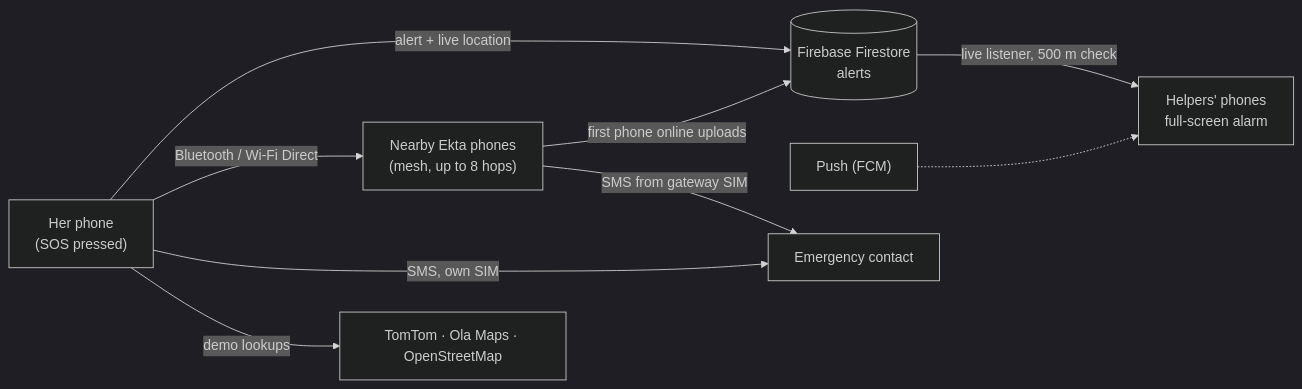
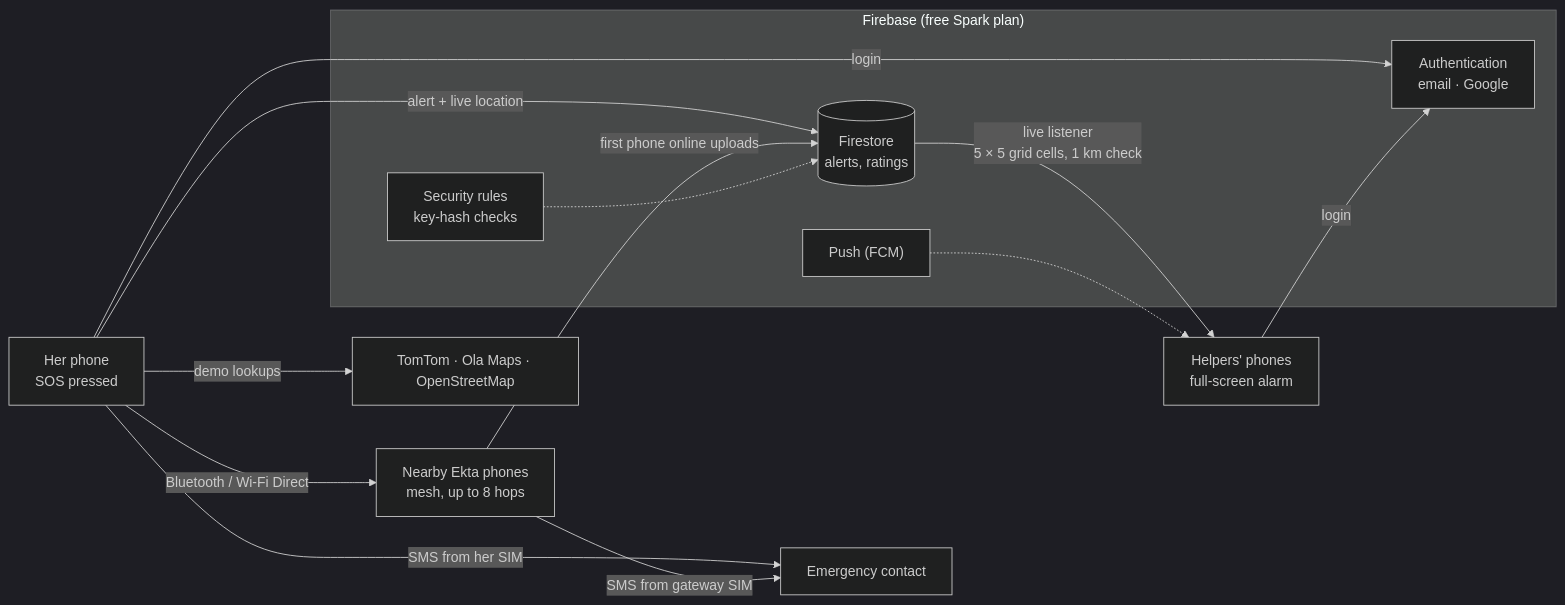
The diagram in README.md (Roky777/ekta), drawn with Mermaid (dark theme) before and after one commit. The commit also changed other lines of this file and 13 other files, not shown here.

First line of the commit message:
README: new layout with architecture, fresh screenshots of the current UI

````diff
--- a/README.md
+++ b/README.md
@@ -110,11 +126,20 @@
 ```mermaid
 flowchart LR
-    Her["Her phone<br/>(SOS pressed)"] -->|alert + live location| FS[("Firebase Firestore<br/>alerts")]
-    Her -->|Bluetooth / Wi-Fi Direct| Mesh["Nearby Ekta phones<br/>(mesh, up to 8 hops)"]
+    Her["Her phone<br/>SOS pressed"] -->|alert + live location| FS[("Firestore<br/>alerts, ratings")]
+    Her -->|Bluetooth / Wi-Fi Direct| Mesh["Nearby Ekta phones<br/>mesh, up to 8 hops"]
     Mesh -->|first phone online uploads| FS
-    FS -->|live listener, 500 m check| Helpers["Helpers' phones<br/>full-screen alarm"]
+    FS -->|live listener<br/>5 × 5 grid cells, 1 km check| Helpers["Helpers' phones<br/>full-screen alarm"]
     FCM["Push (FCM)"] -.-> Helpers
-    Her -->|SMS, own SIM| Contact["Emergency contact"]
+    Her -->|SMS from her SIM| Contact["Emergency contact"]
     Mesh -->|SMS from gateway SIM| Contact
     Her -->|demo lookups| Maps["TomTom · Ola Maps · OpenStreetMap"]
+    subgraph Firebase["Firebase (free Spark plan)"]
+        Auth["Authentication<br/>email · Google"]
+        FS
+        FCM
+        Rules["Security rules<br/>key-hash checks"]
+        Rules -.-> FS
+    end
+    Her -->|login| Auth
+    Helpers -->|login| Auth
 ```
````
